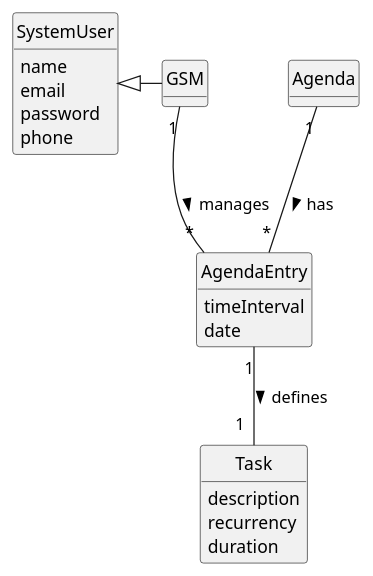
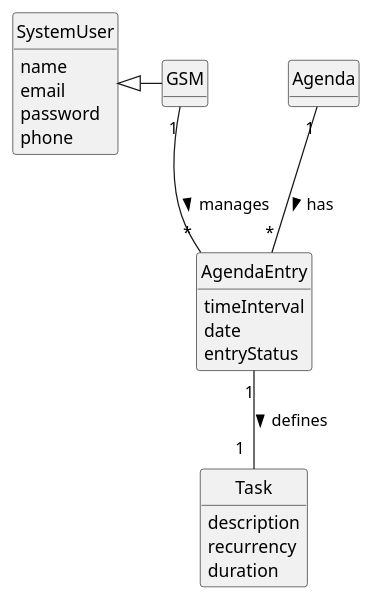
Before and after one commit to Departamento-de-Engenharia-Informatica/lei-24-s2-1do-g164: the diagram in docs/sprintC/us025/02.analysis/puml/us025-domain-model.puml, drawn with PlantUML. The commit also changed 39 other files, not shown here.

```diff
--- a/docs/sprintC/us025/02.analysis/puml/us025-domain-model.puml
+++ b/docs/sprintC/us025/02.analysis/puml/us025-domain-model.puml
@@ -1,46 +1,49 @@
 @startuml
 skinparam monochrome true
 skinparam packageStyle rectangle
 skinparam shadowing false
 
 
 
 skinparam classAttributeIconSize 0
 
 hide circle
 hide methods
 
 
 class SystemUser {
     name
     email
     password
     phone
 
 }
 class GSM {
 
 }
 
 
 class Agenda {
 }
 
 class AgendaEntry {
 
     timeInterval
     date
+    entryStatus
 }
+
+
 
 
 class Task {
     description
     recurrency
     duration
 }
 
 Agenda "1" -- "*" AgendaEntry : has >
 AgendaEntry "1" -- "1  " Task : defines >
 SystemUser <|- GSM
 GSM "1" -- "*" AgendaEntry: manages >
 @enduml
```
